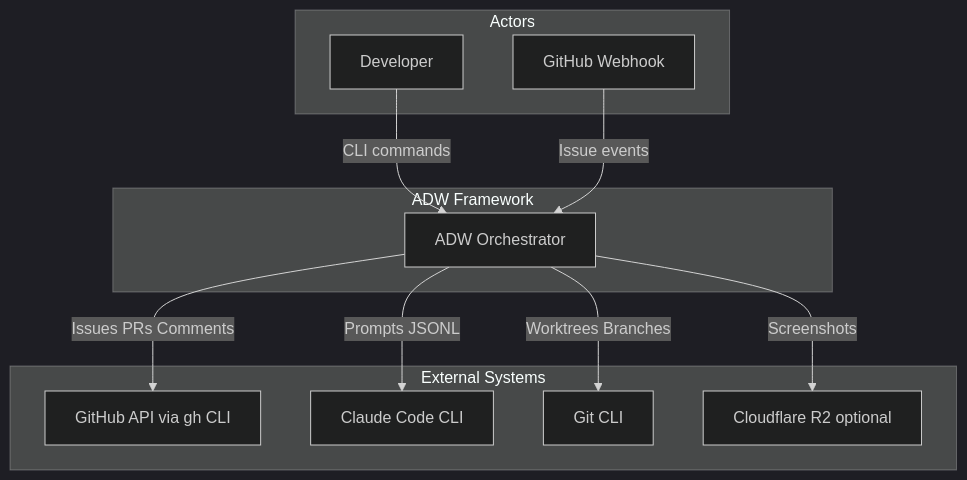
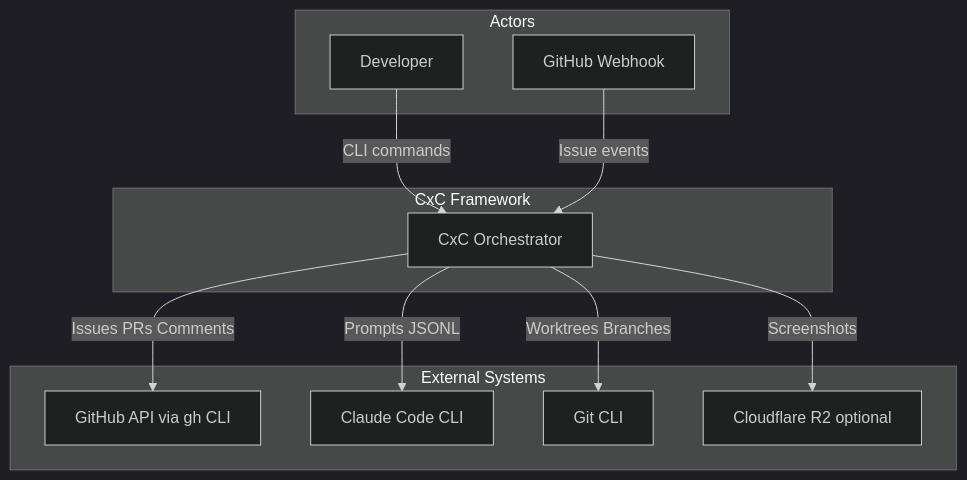
One commit to alexfosterinvisible/Cortex-Code changed the first of 5 diagrams in docs/C4_ARCHITECTURE.md. Above: the diagram before and after it, drawn with Mermaid (dark theme). The commit also changed other lines of this file and 228 other files, not shown here.

````diff
--- a/docs/C4_ARCHITECTURE.md
+++ b/docs/C4_ARCHITECTURE.md
@@ -37,25 +37,25 @@
 ```mermaid
 flowchart TB
     subgraph Actors
         Dev[Developer]
         GHWebhook[GitHub Webhook]
     end
 
-    subgraph ADW[ADW Framework]
-        ADWSystem[ADW Orchestrator]
+    subgraph CxC[CxC Framework]
+        CxCSystem[CxC Orchestrator]
     end
 
     subgraph External[External Systems]
         GitHub[GitHub API via gh CLI]
         Claude[Claude Code CLI]
         Git[Git CLI]
         R2[Cloudflare R2 optional]
     end
 
-    Dev -->|CLI commands| ADWSystem
-    GHWebhook -->|Issue events| ADWSystem
-    ADWSystem -->|Issues PRs Comments| GitHub
-    ADWSystem -->|Prompts JSONL| Claude
-    ADWSystem -->|Worktrees Branches| Git
-    ADWSystem -->|Screenshots| R2
+    Dev -->|CLI commands| CxCSystem
+    GHWebhook -->|Issue events| CxCSystem
+    CxCSystem -->|Issues PRs Comments| GitHub
+    CxCSystem -->|Prompts JSONL| Claude
+    CxCSystem -->|Worktrees Branches| Git
+    CxCSystem -->|Screenshots| R2
 ```
````
